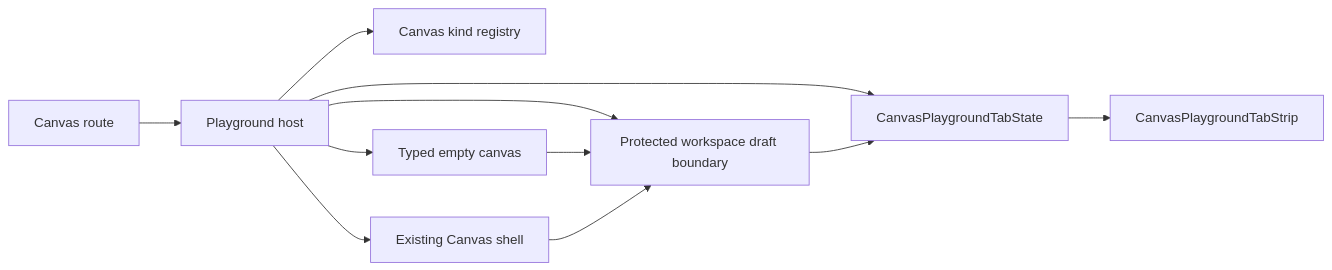
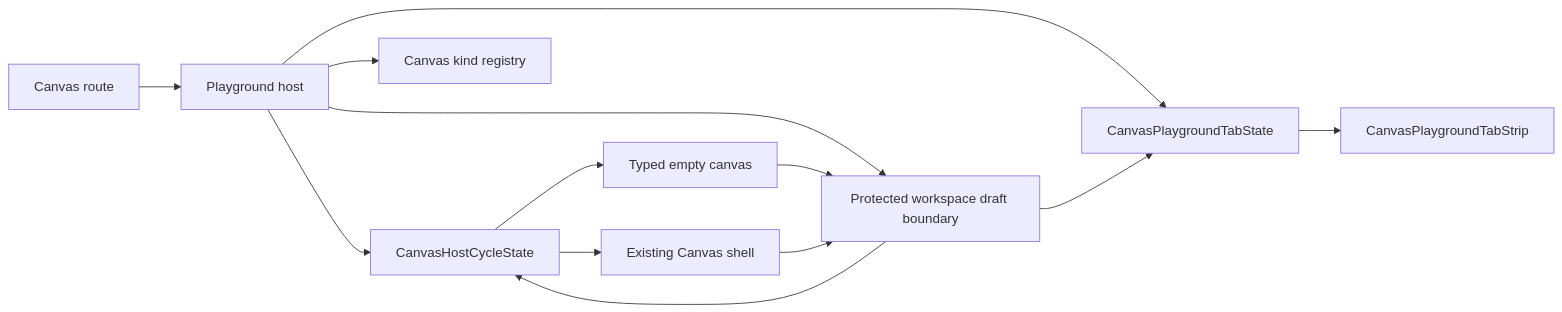
The second of 3 diagrams in docs/architecture/components/web/graph/canvas-playground-host-component.md (dunay2/dvt), drawn with Mermaid before and after one commit. The commit also changed other lines of this file and 10 other files, not shown here.

Commit message:
refactor(web): Add canvas host cycle DTO

````diff
--- a/docs/architecture/components/web/graph/canvas-playground-host-component.md
+++ b/docs/architecture/components/web/graph/canvas-playground-host-component.md
@@ -100,22 +106,25 @@
 ```mermaid
 flowchart LR
   Route["Canvas route"]
   Host["Playground host"]
+  Cycle["CanvasHostCycleState"]
   TabState["CanvasPlaygroundTabState"]
   Tabs["CanvasPlaygroundTabStrip"]
   Registry["Canvas kind registry"]
   Empty["Typed empty canvas"]
   Shell["Existing Canvas shell"]
   Draft["Protected workspace draft boundary"]
 
   Route --> Host
+  Host --> Cycle
   Host --> TabState
   TabState --> Tabs
   Host --> Registry
-  Host --> Empty
-  Host --> Shell
+  Cycle --> Empty
+  Cycle --> Shell
   Host --> Draft
   Draft --> TabState
+  Draft --> Cycle
   Empty --> Draft
   Shell --> Draft
 ```
````
